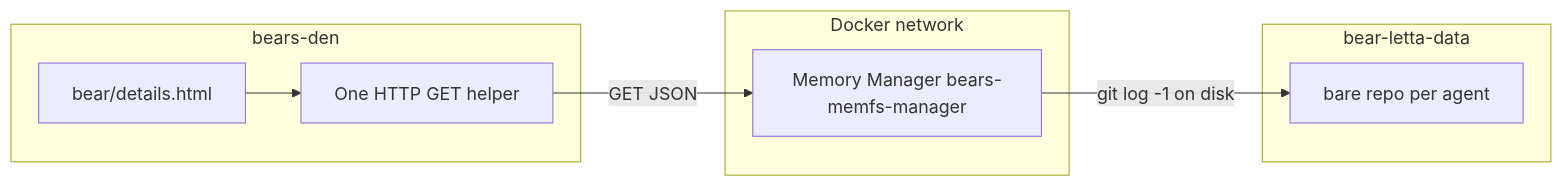
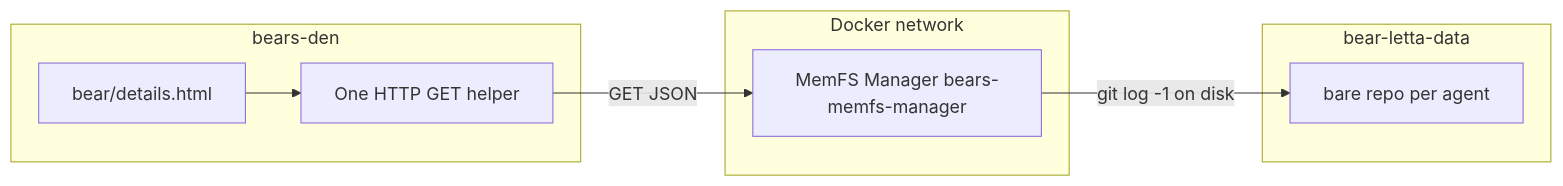
Before and after one commit to bears-ai/bear-den: the diagram in .cursor/plans/bear_memfs_head_ui_ef2450cc.plan.md, drawn with Mermaid. The commit also changed other lines of this file and 16 other files, not shown here.

Commit message:
Consistent naming of MemFS Manager

````diff
--- a/.cursor/plans/bear_memfs_head_ui_ef2450cc.plan.md
+++ b/.cursor/plans/bear_memfs_head_ui_ef2450cc.plan.md
@@ -26,16 +26,16 @@
 ```mermaid
 flowchart LR
   subgraph den [bears-den]
     UI[bear/details.html]
     Fetch[One HTTP GET helper]
     UI --> Fetch
   end
   subgraph network [Docker network]
-    Mgr[Memory Manager bears-memfs-manager]
+    Mgr[MemFS Manager bears-memfs-manager]
   end
   subgraph volume [bear-letta-data]
     Repo[bare repo per agent]
   end
   Fetch -->|"GET JSON"| Mgr
   Mgr -->|"git log -1 on disk"| Repo
 ```
````
